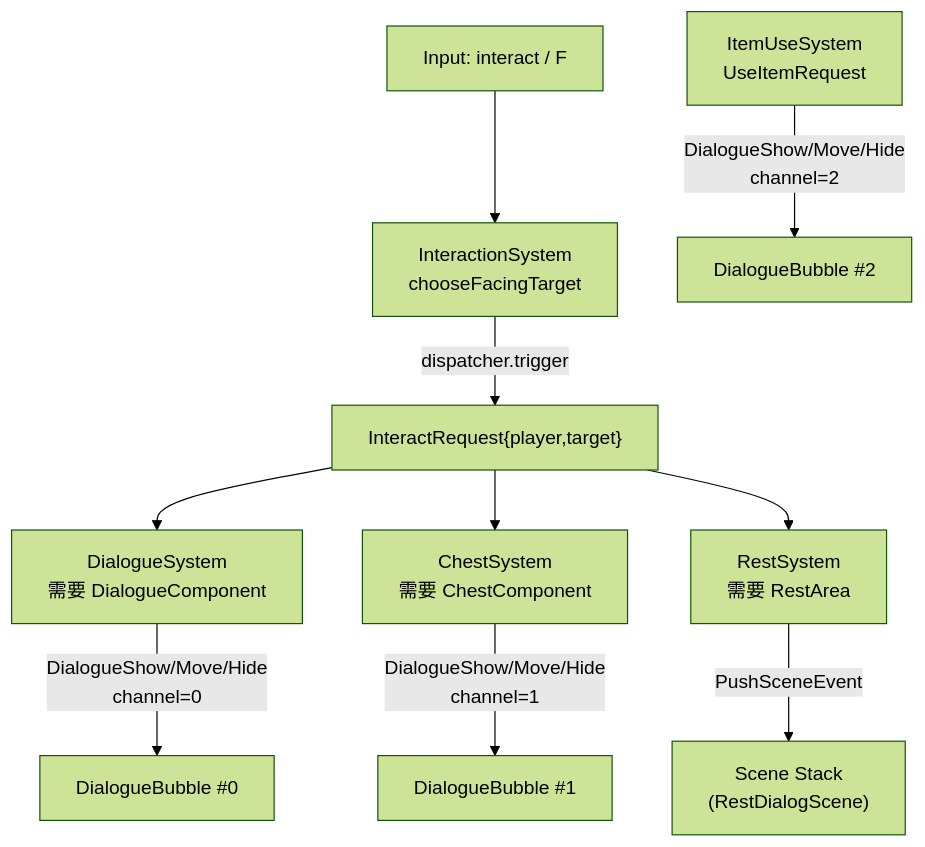
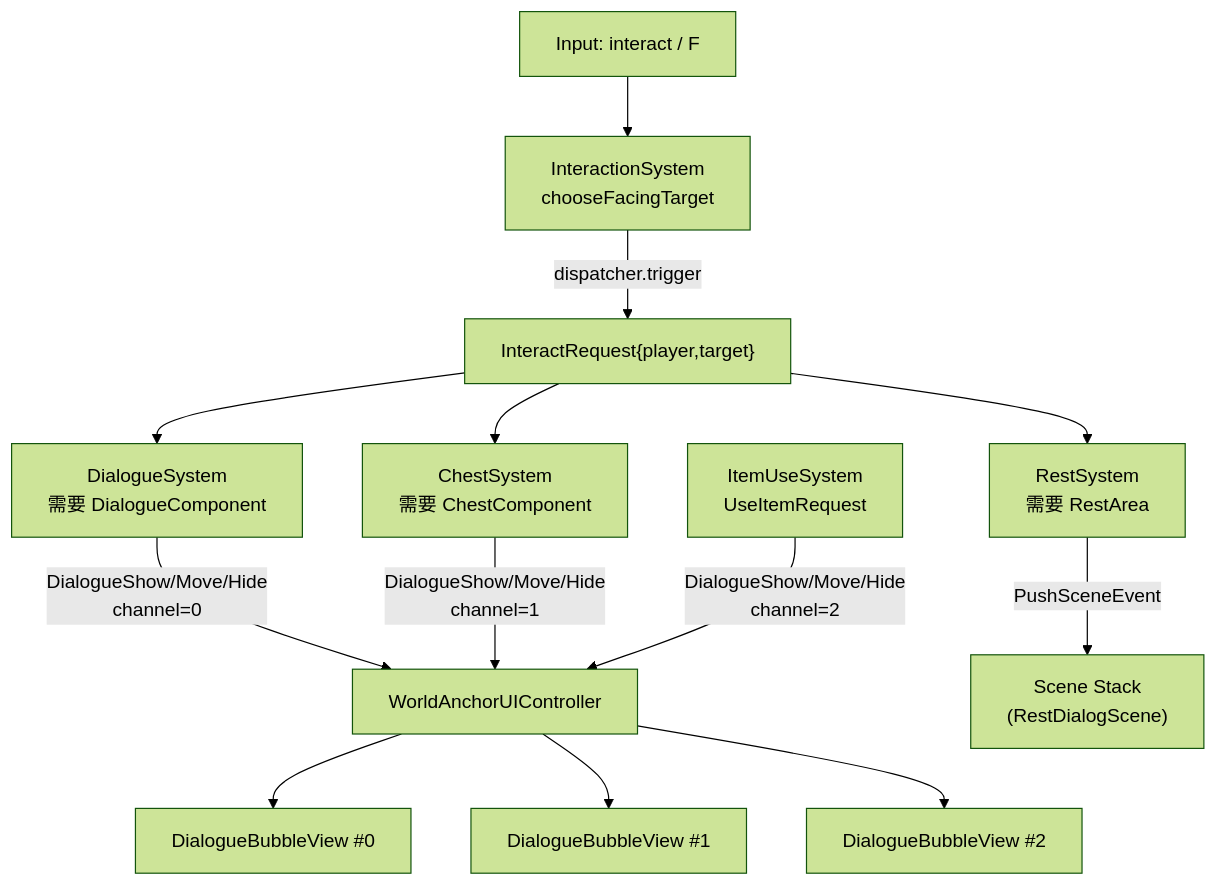
Before and after one commit to WispSnow/TinyFarmRPG: the diagram in docs/game/interaction_and_dialogue.md, drawn with Mermaid (forest theme). The commit also changed other lines of this file and 9 other files, not shown here.

Commit message:
refactor: 重构对话气泡系统，使用 WorldAnchorUIController 统一管理对话气泡视图

````diff
--- a/docs/game/interaction_and_dialogue.md
+++ b/docs/game/interaction_and_dialogue.md
@@ -7,15 +7,18 @@
 ```mermaid
 flowchart TD
     F["Input: interact / F"] --> IS["InteractionSystem<br/>chooseFacingTarget"]
     IS -->|dispatcher.trigger| IR["InteractRequest{player,target}"]
 
     IR --> DS["DialogueSystem<br/>需要 DialogueComponent"]
     IR --> CS["ChestSystem<br/>需要 ChestComponent"]
     IR --> RS["RestSystem<br/>需要 RestArea"]
 
-    DS -->|DialogueShow/Move/Hide<br/>channel=0| DB0["DialogueBubble #0"]
-    CS -->|DialogueShow/Move/Hide<br/>channel=1| DB1["DialogueBubble #1"]
-    IU["ItemUseSystem<br/>UseItemRequest"] -->|DialogueShow/Move/Hide<br/>channel=2| DB2["DialogueBubble #2"]
+    DS -->|DialogueShow/Move/Hide<br/>channel=0| WAC["WorldAnchorUIController"]
+    CS -->|DialogueShow/Move/Hide<br/>channel=1| WAC
+    IU["ItemUseSystem<br/>UseItemRequest"] -->|DialogueShow/Move/Hide<br/>channel=2| WAC
+    WAC --> DB0["DialogueBubbleView #0"]
+    WAC --> DB1["DialogueBubbleView #1"]
+    WAC --> DB2["DialogueBubbleView #2"]
 
     RS -->|PushSceneEvent| Scene["Scene Stack<br/>(RestDialogScene)"]
 ```
````
